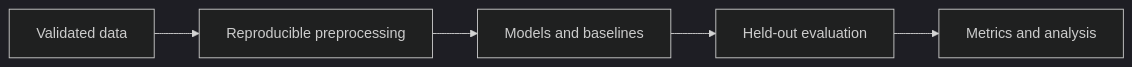
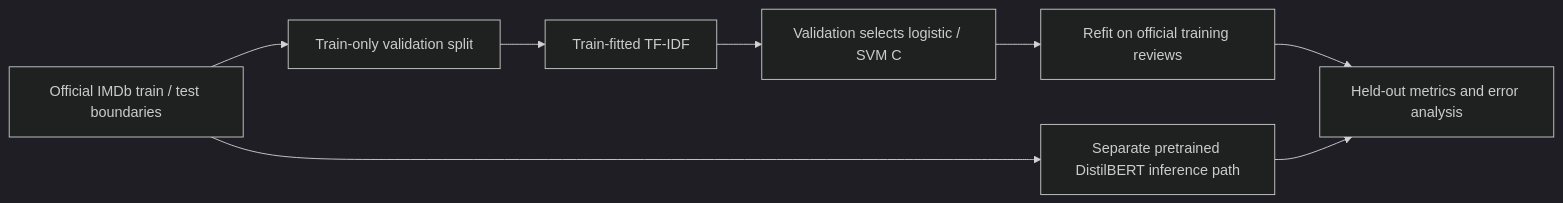
The diagram in README.md (ayanirfan099/sentiment-classification-using-traditional-and-deep-learning-methods), drawn with Mermaid (dark theme) before and after one commit. The commit also changed other lines of this file and 2 other files, not shown here.

Commit message:
docs: show fixture errors and measured latency without IMDb claims

````diff
--- a/README.md
+++ b/README.md
@@ -8,7 +36,10 @@
 ```mermaid
 flowchart LR
-    A[Validated data] --> B[Reproducible preprocessing]
-    B --> C[Models and baselines]
-    C --> D[Held-out evaluation]
-    D --> E[Metrics and analysis]
+    Data[Official IMDb train / test boundaries] --> Train[Train-only validation split]
+    Train --> TFIDF[Train-fitted TF-IDF]
+    TFIDF --> Select[Validation selects logistic / SVM C]
+    Select --> Refit[Refit on official training reviews]
+    Refit --> Test[Held-out metrics and error analysis]
+    Data --> Pretrained[Separate pretrained DistilBERT inference path]
+    Pretrained --> Test
 ```
````
